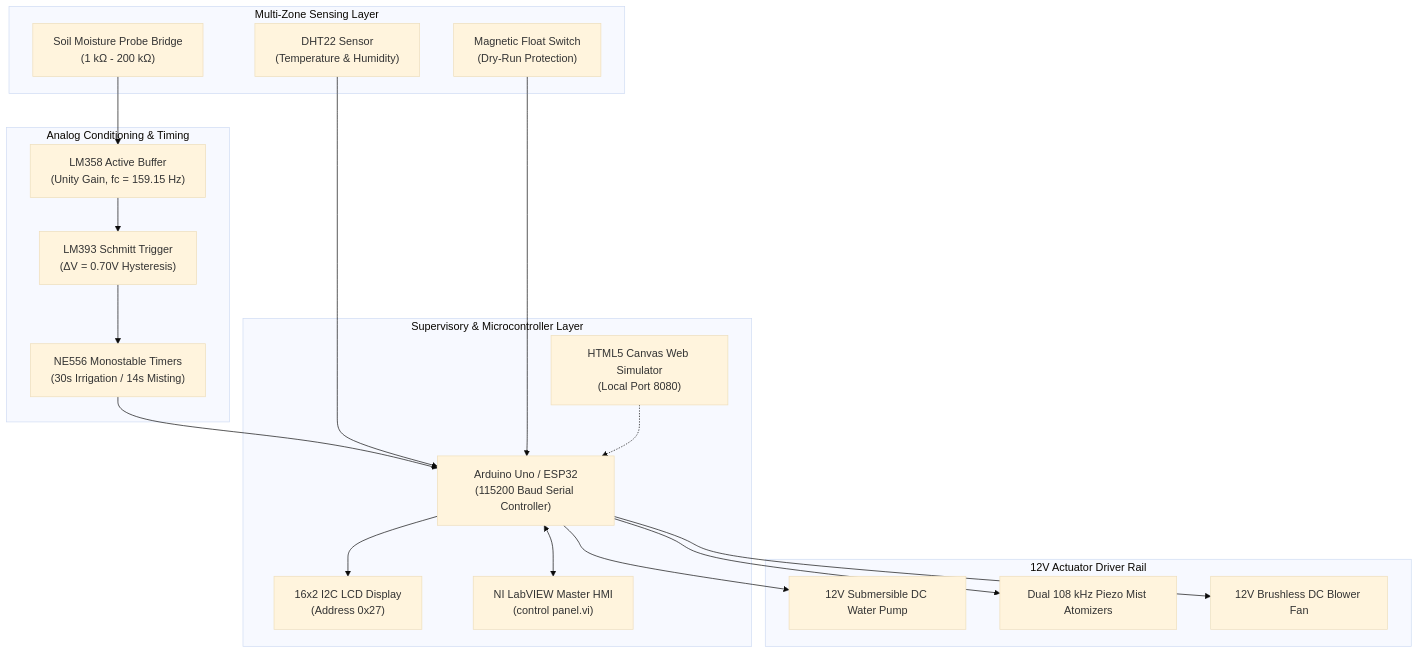
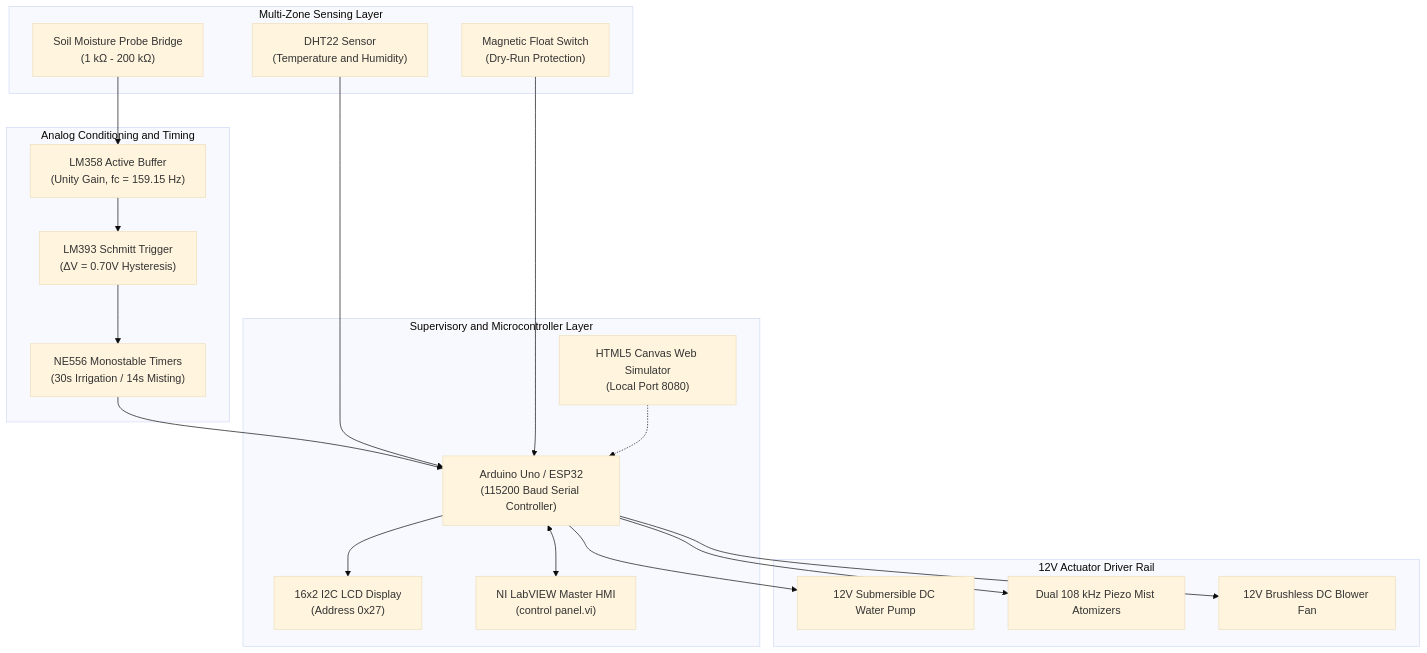
The first of 2 diagrams in README.md (Hitesh070/Analog-Irrigation-System-LabVIEW), drawn with Mermaid (base theme) before and after one commit. The commit also changed other lines of this file, not shown here.

Commit message:
docs(readme): convert multi-node connections to discrete arrows and sanitize mermaid tokens

````diff
--- a/README.md
+++ b/README.md
@@ -94,39 +94,41 @@
 ```mermaid
 flowchart TD
     subgraph Sensing ["Multi-Zone Sensing Layer"]
-        Probe["Soil Moisture Probe Bridge\n(1 kΩ - 200 kΩ)"]
-        DHT["DHT22 Sensor\n(Temperature & Humidity)"]
-        Float["Magnetic Float Switch\n(Dry-Run Protection)"]
+        Probe["Soil Moisture Probe Bridge<br/>(1 kΩ - 200 kΩ)"]
+        DHT["DHT22 Sensor<br/>(Temperature and Humidity)"]
+        Float["Magnetic Float Switch<br/>(Dry-Run Protection)"]
     end
 
-    subgraph Conditioning ["Analog Conditioning & Timing"]
+    subgraph Conditioning ["Analog Conditioning and Timing"]
         Buffer["LM358 Active Buffer<br/>(Unity Gain, fc = 159.15 Hz)"]
         Schmitt["LM393 Schmitt Trigger<br/>(ΔV = 0.70V Hysteresis)"]
         Timers["NE556 Monostable Timers<br/>(30s Irrigation / 14s Misting)"]
     end
 
-    subgraph Control ["Supervisory & Microcontroller Layer"]
+    subgraph Control ["Supervisory and Microcontroller Layer"]
         MCU["Arduino Uno / ESP32<br/>(115200 Baud Serial Controller)"]
         LCD["16x2 I2C LCD Display<br/>(Address 0x27)"]
         LabVIEW["NI LabVIEW Master HMI<br/>(control panel.vi)"]
         WebSim["HTML5 Canvas Web Simulator<br/>(Local Port 8080)"]
     end
 
     subgraph Actuators ["12V Actuator Driver Rail"]
         Pump["12V Submersible DC Water Pump"]
         Mist["Dual 108 kHz Piezo Mist Atomizers"]
         Fan["12V Brushless DC Blower Fan"]
     end
 
-    Probe --> Buffer --> Schmitt --> Timers
+    Probe --> Buffer
+    Buffer --> Schmitt
+    Schmitt --> Timers
     Timers --> MCU
     DHT --> MCU
     Float --> MCU
 
     MCU <--> LabVIEW
     MCU --> LCD
     MCU --> Pump
     MCU --> Mist
     MCU --> Fan
     WebSim -.-> MCU
 ```
````
